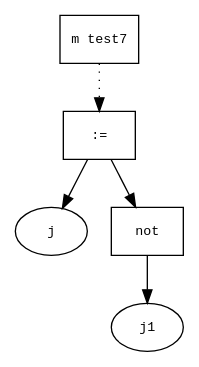
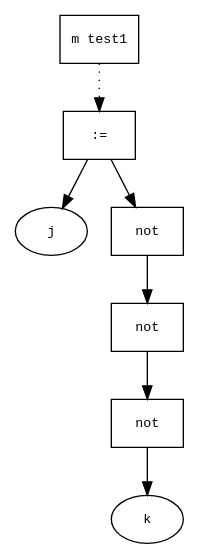
One commit to Kedia94/Compiler_2016sp changed the diagram in 4.Intermediate.Code.Generation/1.mod.ast.dot. Above: the diagram before and after it, drawn with Graphviz. The commit also changed 14 other files, not shown here.

```diff
--- a/4.Intermediate.Code.Generation/1.mod.ast.dot
+++ b/4.Intermediate.Code.Generation/1.mod.ast.dot
@@ -1,15 +1,19 @@
 digraph AST {
   graph [fontname="Times New Roman",fontsize=10];
   node  [fontname="Courier New",fontsize=10];
   edge  [fontname="Times New Roman",fontsize=10];
 
-  node0 [label="m test7",shape=box];
-  node6 [label=":=",shape=box];
+  node0 [label="m test1",shape=box];
+  node8 [label=":=",shape=box];
   node3 [label="j",shape=ellipse];
-  node6->node3;
+  node8->node3;
+  node7 [label="not",shape=box];
+  node6 [label="not",shape=box];
   node5 [label="not",shape=box];
-  node4 [label="j1",shape=ellipse];
+  node4 [label="k",shape=ellipse];
   node5->node4;
   node6->node5;
-  node0 -> node6 [style=dotted];
+  node7->node6;
+  node8->node7;
+  node0 -> node8 [style=dotted];
 }
```
